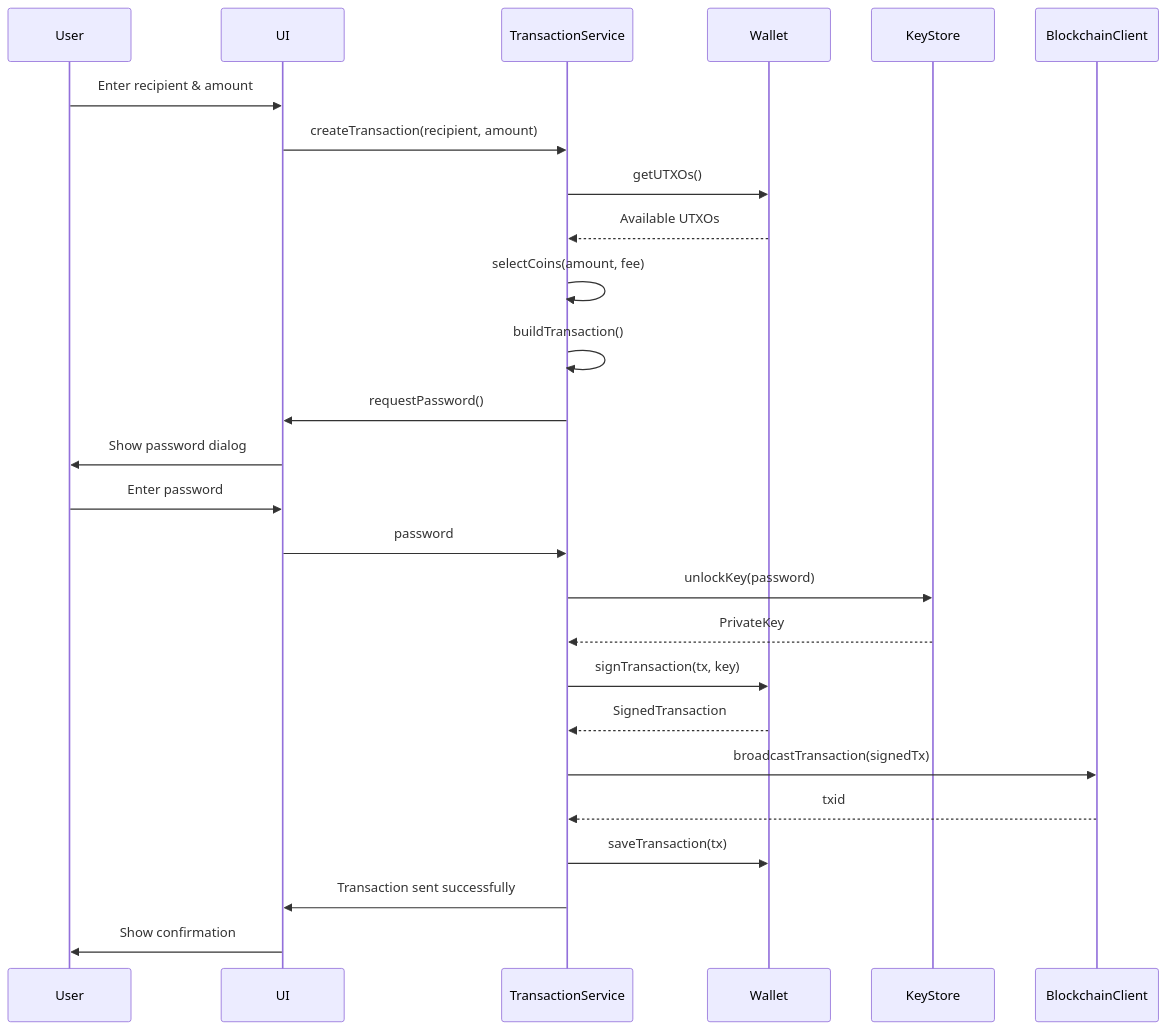
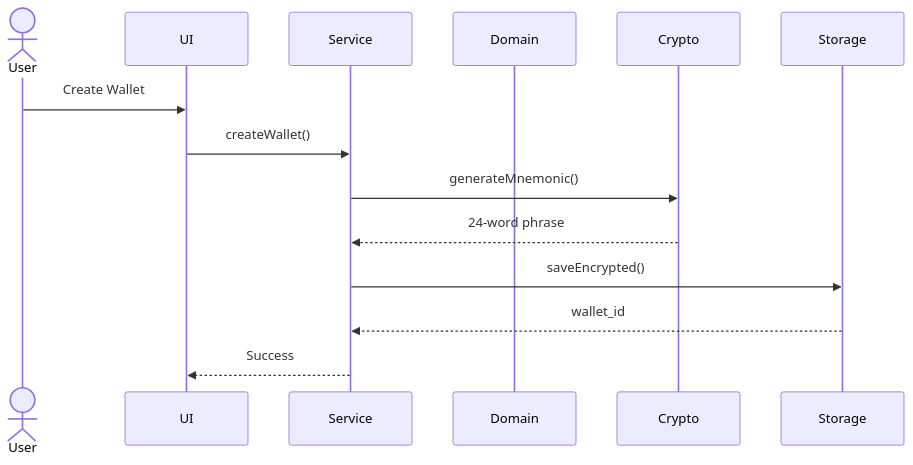
The second of 4 diagrams in .claude/agents/system-design-agent.md (erickherrera/CriptoGualet), drawn with Mermaid before and after one commit. The commit also changed other lines of this file and 14 other files, not shown here.

````diff
--- a/.claude/agents/system-design-agent.md
+++ b/.claude/agents/system-design-agent.md
@@ -283,35 +96,17 @@
 ```mermaid
 sequenceDiagram
-    participant User
+    actor User
     participant UI
-    participant TransactionService
-    participant Wallet
-    participant KeyStore
-    participant BlockchainClient
+    participant Service
+    participant Domain
+    participant Crypto
+    participant Storage
     
-    User->>UI: Enter recipient & amount
-    UI->>TransactionService: createTransaction(recipient, amount)
-    TransactionService->>Wallet: getUTXOs()
-    Wallet-->>TransactionService: Available UTXOs
-    
-    TransactionService->>TransactionService: selectCoins(amount, fee)
-    TransactionService->>TransactionService: buildTransaction()
-    
-    TransactionService->>UI: requestPassword()
-    UI->>User: Show password dialog
-    User->>UI: Enter password
-    UI->>TransactionService: password
-    
-    TransactionService->>KeyStore: unlockKey(password)
-    KeyStore-->>TransactionService: PrivateKey
-    
-    TransactionService->>Wallet: signTransaction(tx, key)
-    Wallet-->>TransactionService: SignedTransaction
-    
-    TransactionService->>BlockchainClient: broadcastTransaction(signedTx)
-    BlockchainClient-->>TransactionService: txid
-    
-    TransactionService->>Wallet: saveTransaction(tx)
-    TransactionService->>UI: Transaction sent successfully
-    UI->>User: Show confirmation
+    User->>UI: Create Wallet
+    UI->>Service: createWallet()
+    Service->>Crypto: generateMnemonic()
+    Crypto-->>Service: 24-word phrase
+    Service->>Storage: saveEncrypted()
+    Storage-->>Service: wallet_id
+    Service-->>UI: Success
 ```
````
